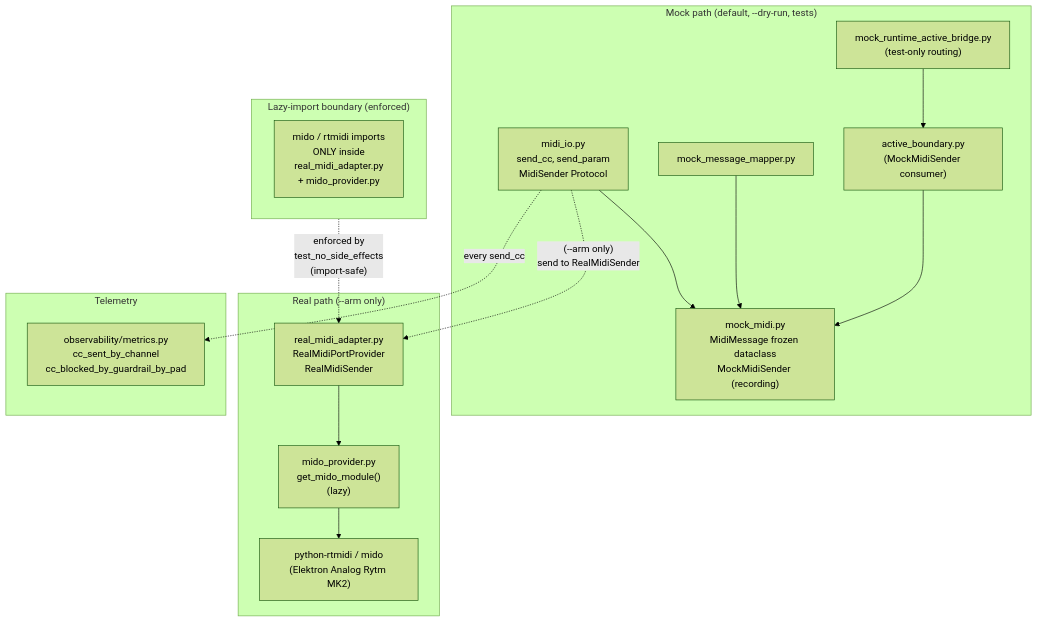
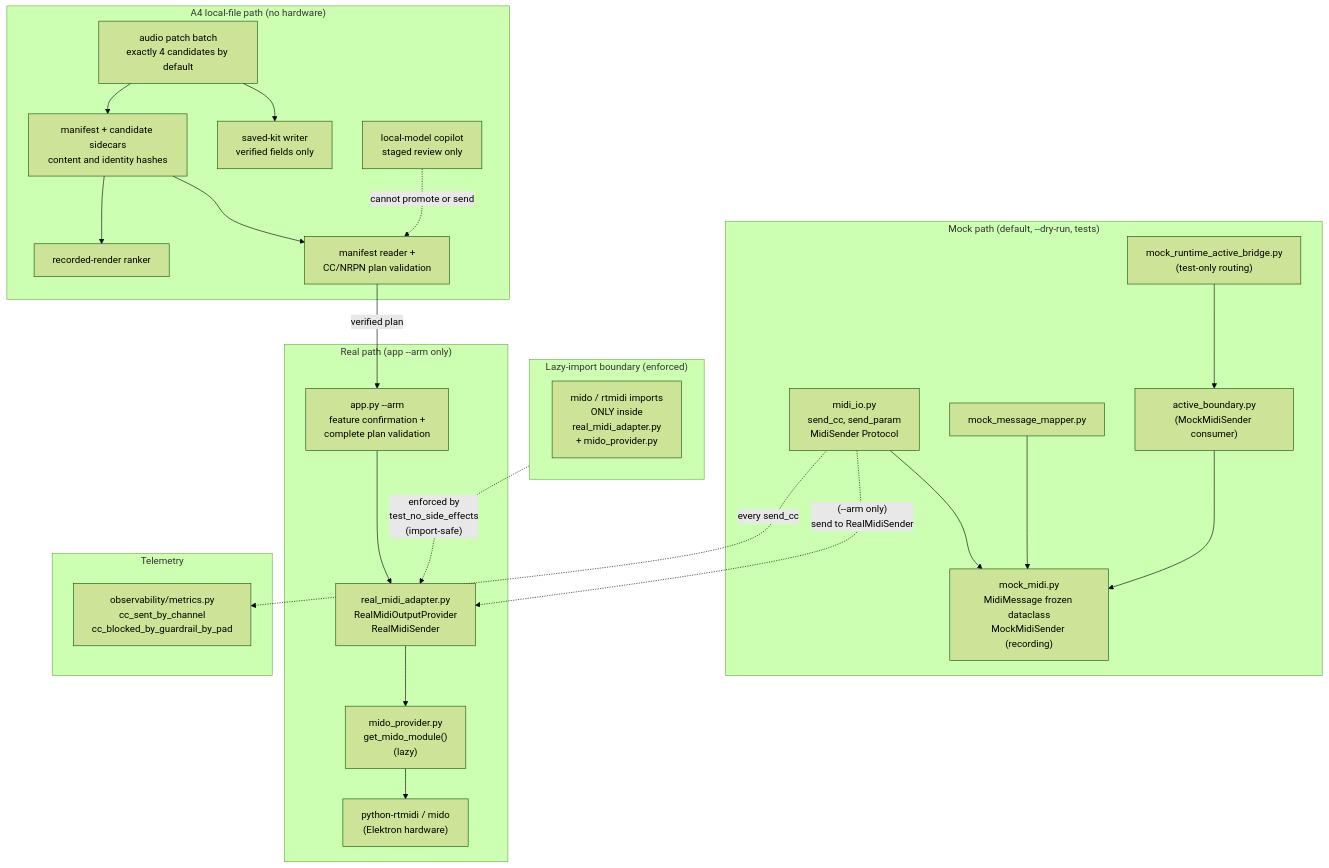
One commit to buzzijose-hub/RytmRandomizer changed diagram 15 of 34 in docs/ARCHITECTURE_DIAGRAMS.md. Above: the diagram before and after it, drawn with Mermaid (forest theme). The commit also changed other lines of this file and 157 other files, not shown here.

First line of the commit message:
feat: generate hardware-safe A4 patch batches from audio (#214)

````diff
--- a/docs/ARCHITECTURE_DIAGRAMS.md
+++ b/docs/ARCHITECTURE_DIAGRAMS.md
@@ -1082,37 +1120,55 @@
 ```mermaid
 flowchart TB
     subgraph Lazy["Lazy-import boundary (enforced)"]
         MidoLazy["mido / rtmidi imports<br/>ONLY inside<br/>real_midi_adapter.py<br/>+ mido_provider.py"]
     end
 
     subgraph MockPath["Mock path (default, --dry-run, tests)"]
         MidiIO["midi_io.py<br/>send_cc, send_param<br/>MidiSender Protocol"]
         MockMidi["mock_midi.py<br/>MidiMessage frozen dataclass<br/>MockMidiSender (recording)"]
         MockMapper["mock_message_mapper.py"]
         ActiveBoundary["active_boundary.py<br/>(MockMidiSender consumer)"]
         MockBridge["mock_runtime_active_bridge.py<br/>(test-only routing)"]
     end
 
-    subgraph RealPath["Real path (--arm only)"]
-        RealAdapter["real_midi_adapter.py<br/>RealMidiPortProvider<br/>RealMidiSender"]
+    subgraph A4Passive["A4 local-file path (no hardware)"]
+        A4Batch["audio patch batch<br/>exactly 4 candidates by default"]
+        A4SysEx["saved-kit writer<br/>verified fields only"]
+        A4Artifacts["manifest + candidate sidecars<br/>content and identity hashes"]
+        A4Reader["manifest reader +<br/>CC/NRPN plan validation"]
+        A4Rank["recorded-render ranker"]
+        LocalModel["local-model copilot<br/>staged review only"]
+    end
+
+    subgraph RealPath["Real path (app --arm only)"]
+        AppArm["app.py --arm<br/>feature confirmation +<br/>complete plan validation"]
+        RealAdapter["real_midi_adapter.py<br/>RealMidiOutputProvider<br/>RealMidiSender"]
         MidoProvider["mido_provider.py<br/>get_mido_module()<br/>(lazy)"]
-        RealHardware["python-rtmidi / mido<br/>(Elektron Analog Rytm MK2)"]
+        RealHardware["python-rtmidi / mido<br/>(Elektron hardware)"]
     end
 
     subgraph Observability["Telemetry"]
         Metrics["observability/metrics.py<br/>cc_sent_by_channel<br/>cc_blocked_by_guardrail_by_pad"]
     end
 
     MidiIO --> MockMidi
     MockMapper --> MockMidi
     ActiveBoundary --> MockMidi
     MockBridge --> ActiveBoundary
 
+    A4Batch --> A4SysEx
+    A4Batch --> A4Artifacts
+    A4Artifacts --> A4Reader
+    A4Artifacts --> A4Rank
+    LocalModel -.->|"cannot promote or send"| A4Reader
+    A4Reader -->|"verified plan"| AppArm
+
     MidiIO -.->|"(--arm only)<br/>send to RealMidiSender"| RealAdapter
+    AppArm --> RealAdapter
     RealAdapter --> MidoProvider
     MidoProvider --> RealHardware
 
     MidiIO -.->|"every send_cc"| Metrics
 
     Lazy -.->|"enforced by<br/>test_no_side_effects<br/>(import-safe)"| RealAdapter
 ```
````
